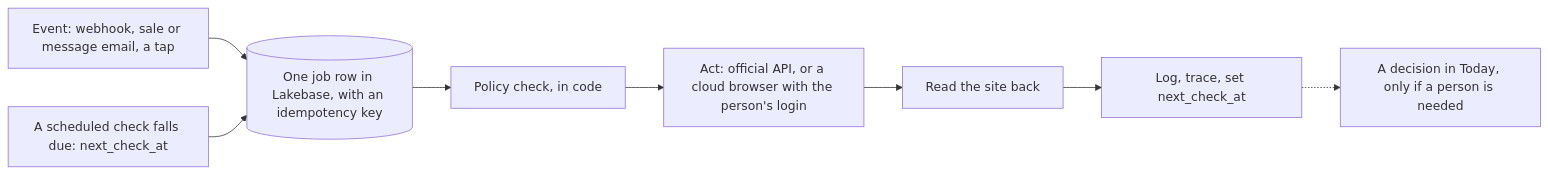
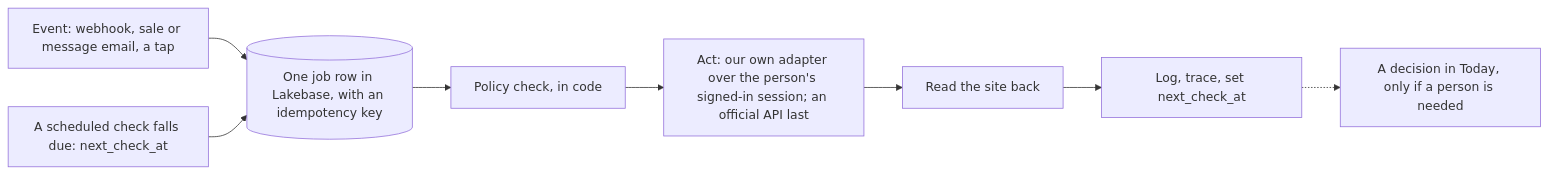
Before and after one commit to benverhaalen/secondhand: the second of 4 diagrams in spec/databricks.md, drawn with Mermaid. The commit also changed other lines of this file and 15 other files, not shown here.

Commit message:
docs(spec): our own protocol first across the feature specs and docs; Nate's answers on photos, retouch and 3D written in; new open questions

````diff
--- a/spec/databricks.md
+++ b/spec/databricks.md
@@ -144,15 +144,15 @@
 ```mermaid
 flowchart LR
   ev["Event: webhook, sale or message email, a tap"]
   due["A scheduled check falls due: next_check_at"]
   job[("One job row in Lakebase, with an idempotency key")]
   pol["Policy check, in code"]
-  act["Act: official API, or a cloud browser with the person's login"]
+  act["Act: our own adapter over the person's signed-in session; an official API last"]
   read["Read the site back"]
   log["Log, trace, set next_check_at"]
   dec["A decision in Today, only if a person is needed"]
   ev --> job
   due --> job
   job --> pol --> act --> read --> log
   log -.-> dec
 ```
````
